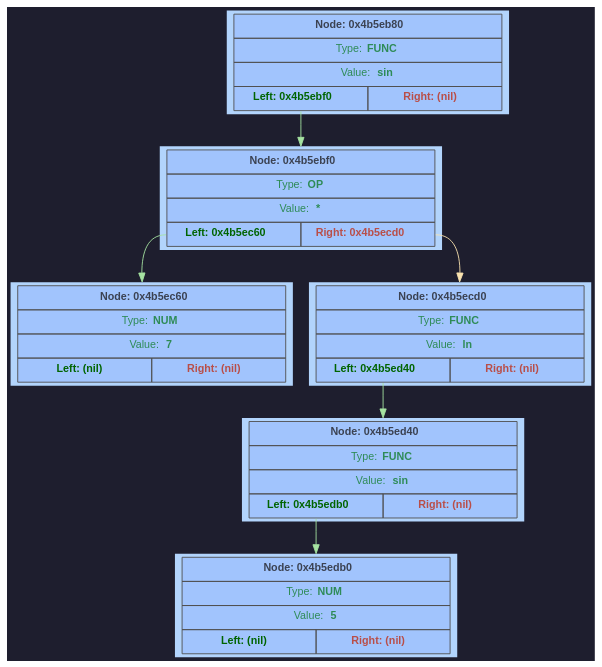
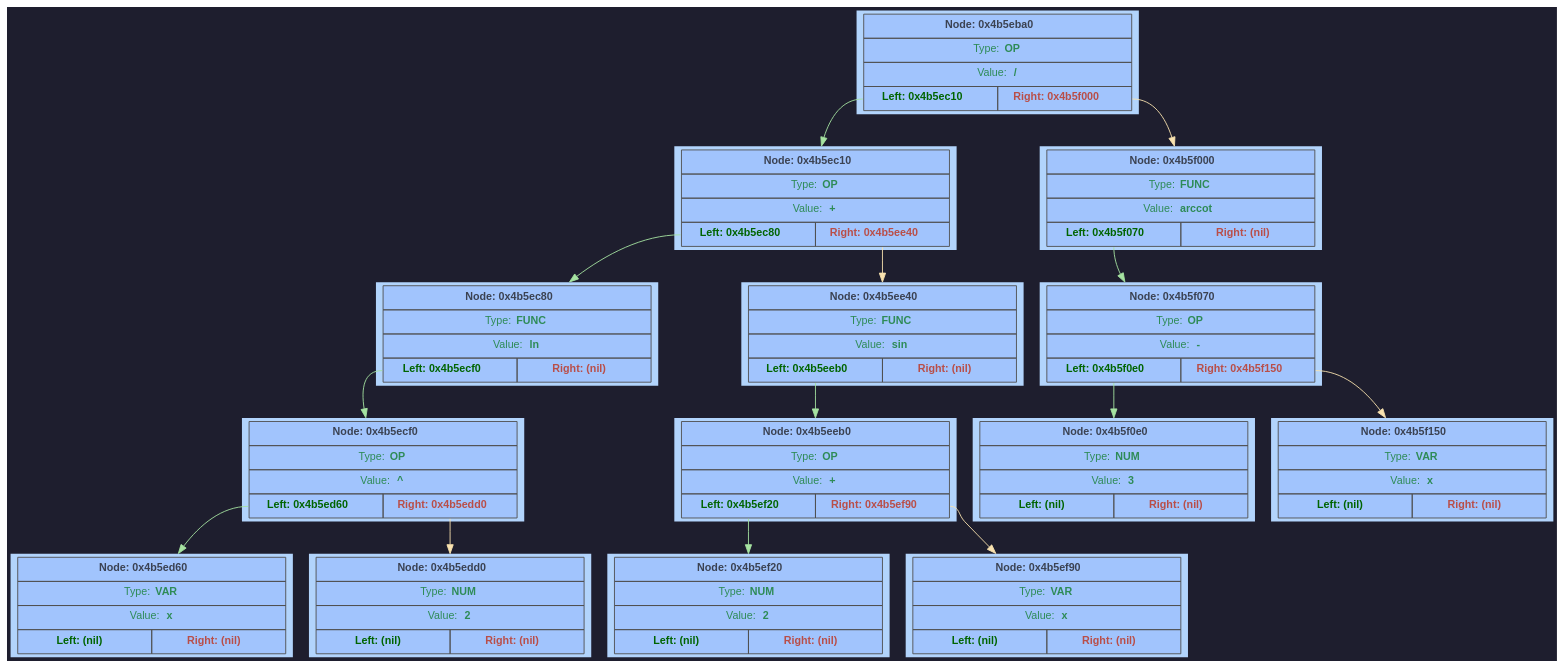
The diagram in GraphDump/dump.dot (F1merhub/Differencator), drawn with Graphviz before and after one commit. The commit also changed 7 other files, not shown here.

```diff
--- a/GraphDump/dump.dot
+++ b/GraphDump/dump.dot
@@ -2,69 +2,157 @@
 	rankdir = TB;
 	bgcolor="#1e1e2e";
 	node [shape=rectangle, style=filled, fontname=Helvetica, fontsize=12, fillcolor="#89b4fa", color="#cba6f7", fontcolor="#1e1e2e"];
-	node0x4b5eb80 [shape=plaintext; style=filled; color="#fcf0d2"; fillcolor="#b2d4fc"; label = <
+	node0x4b5eba0 [shape=plaintext; style=filled; color="#fcf0d2"; fillcolor="#b2d4fc"; label = <
 		<table BORDER="0" CELLBORDER="1" CELLSPACING="0" CELLPADDING="6" BGCOLOR="#a1c4fd" COLOR="#4f4f4f">
-			<tr><td align='center' colspan='2'><FONT COLOR='#3b4252'><b>Node: 0x4b5eb80</b></FONT></td></tr>
+			<tr><td align='center' colspan='2'><FONT COLOR='#3b4252'><b>Node: 0x4b5eba0</b></FONT></td></tr>
+			<tr><td align='center' colspan='2'><FONT COLOR='#2e8b57'>Type: <b>OP</b></FONT></td></tr>
+			<tr><td align='center' colspan='2'><FONT COLOR='#2e8b57'>Value: <b>/</b></FONT></td></tr>
+			<tr>
+				<td WIDTH='150' PORT='left' align='center'><FONT COLOR='#006400'><b>Left: 0x4b5ec10</b></FONT></td>
+				<td WIDTH='150' PORT='right' align='center'><FONT COLOR='#b94e48'><b>Right: 0x4b5f000</b></FONT></td>
+			</tr>
+		</table> >];
+	node0x4b5ec10 [shape=plaintext; style=filled; color="#fcf0d2"; fillcolor="#b2d4fc"; label = <
+		<table BORDER="0" CELLBORDER="1" CELLSPACING="0" CELLPADDING="6" BGCOLOR="#a1c4fd" COLOR="#4f4f4f">
+			<tr><td align='center' colspan='2'><FONT COLOR='#3b4252'><b>Node: 0x4b5ec10</b></FONT></td></tr>
+			<tr><td align='center' colspan='2'><FONT COLOR='#2e8b57'>Type: <b>OP</b></FONT></td></tr>
+			<tr><td align='center' colspan='2'><FONT COLOR='#2e8b57'>Value: <b>+</b></FONT></td></tr>
+			<tr>
+				<td WIDTH='150' PORT='left' align='center'><FONT COLOR='#006400'><b>Left: 0x4b5ec80</b></FONT></td>
+				<td WIDTH='150' PORT='right' align='center'><FONT COLOR='#b94e48'><b>Right: 0x4b5ee40</b></FONT></td>
+			</tr>
+		</table> >];
+	node0x4b5ec80 [shape=plaintext; style=filled; color="#fcf0d2"; fillcolor="#b2d4fc"; label = <
+		<table BORDER="0" CELLBORDER="1" CELLSPACING="0" CELLPADDING="6" BGCOLOR="#a1c4fd" COLOR="#4f4f4f">
+			<tr><td align='center' colspan='2'><FONT COLOR='#3b4252'><b>Node: 0x4b5ec80</b></FONT></td></tr>
 			<tr><td align='center' colspan='2'><FONT COLOR='#2e8b57'>Type: <b>FUNC</b></FONT></td></tr>
-			<tr><td align='center' colspan='2'><FONT COLOR='#2e8b57'>Value: <b>sin</b></FONT></td></tr>
+			<tr><td align='center' colspan='2'><FONT COLOR='#2e8b57'>Value: <b>ln</b></FONT></td></tr>
 			<tr>
-				<td WIDTH='150' PORT='left' align='center'><FONT COLOR='#006400'><b>Left: 0x4b5ebf0</b></FONT></td>
+				<td WIDTH='150' PORT='left' align='center'><FONT COLOR='#006400'><b>Left: 0x4b5ecf0</b></FONT></td>
 				<td WIDTH='150' PORT='right' align='center'><FONT COLOR='#b94e48'><b>Right: (nil)</b></FONT></td>
 			</tr>
 		</table> >];
-	node0x4b5ebf0 [shape=plaintext; style=filled; color="#fcf0d2"; fillcolor="#b2d4fc"; label = <
+	node0x4b5ecf0 [shape=plaintext; style=filled; color="#fcf0d2"; fillcolor="#b2d4fc"; label = <
 		<table BORDER="0" CELLBORDER="1" CELLSPACING="0" CELLPADDING="6" BGCOLOR="#a1c4fd" COLOR="#4f4f4f">
-			<tr><td align='center' colspan='2'><FONT COLOR='#3b4252'><b>Node: 0x4b5ebf0</b></FONT></td></tr>
+			<tr><td align='center' colspan='2'><FONT COLOR='#3b4252'><b>Node: 0x4b5ecf0</b></FONT></td></tr>
 			<tr><td align='center' colspan='2'><FONT COLOR='#2e8b57'>Type: <b>OP</b></FONT></td></tr>
-			<tr><td align='center' colspan='2'><FONT COLOR='#2e8b57'>Value: <b>*</b></FONT></td></tr>
+			<tr><td align='center' colspan='2'><FONT COLOR='#2e8b57'>Value: <b>^</b></FONT></td></tr>
 			<tr>
-				<td WIDTH='150' PORT='left' align='center'><FONT COLOR='#006400'><b>Left: 0x4b5ec60</b></FONT></td>
-				<td WIDTH='150' PORT='right' align='center'><FONT COLOR='#b94e48'><b>Right: 0x4b5ecd0</b></FONT></td>
+				<td WIDTH='150' PORT='left' align='center'><FONT COLOR='#006400'><b>Left: 0x4b5ed60</b></FONT></td>
+				<td WIDTH='150' PORT='right' align='center'><FONT COLOR='#b94e48'><b>Right: 0x4b5edd0</b></FONT></td>
 			</tr>
 		</table> >];
-	node0x4b5ec60 [shape=plaintext; style=filled; color="#fcf0d2"; fillcolor="#b2d4fc"; label = <
+	node0x4b5ed60 [shape=plaintext; style=filled; color="#fcf0d2"; fillcolor="#b2d4fc"; label = <
 		<table BORDER="0" CELLBORDER="1" CELLSPACING="0" CELLPADDING="6" BGCOLOR="#a1c4fd" COLOR="#4f4f4f">
-			<tr><td align='center' colspan='2'><FONT COLOR='#3b4252'><b>Node: 0x4b5ec60</b></FONT></td></tr>
-			<tr><td align='center' colspan='2'><FONT COLOR='#2e8b57'>Type: <b>NUM</b></FONT></td></tr>
-			<tr><td align='center' colspan='2'><FONT COLOR='#2e8b57'>Value: <b>7</b></FONT></td></tr>
+			<tr><td align='center' colspan='2'><FONT COLOR='#3b4252'><b>Node: 0x4b5ed60</b></FONT></td></tr>
+			<tr><td align='center' colspan='2'><FONT COLOR='#2e8b57'>Type: <b>VAR</b></FONT></td></tr>
+			<tr><td align='center' colspan='2'><FONT COLOR='#2e8b57'>Value: <b>x</b></FONT></td></tr>
 			<tr>
 				<td WIDTH='150' PORT='left' align='center'><FONT COLOR='#006400'><b>Left: (nil)</b></FONT></td>
 				<td WIDTH='150' PORT='right' align='center'><FONT COLOR='#b94e48'><b>Right: (nil)</b></FONT></td>
 			</tr>
 		</table> >];
-	node0x4b5ebf0:left -> node0x4b5ec60 [color="#a6e3a1"]
-	node0x4b5ecd0 [shape=plaintext; style=filled; color="#fcf0d2"; fillcolor="#b2d4fc"; label = <
+	node0x4b5ecf0:left -> node0x4b5ed60 [color="#a6e3a1"]
+	node0x4b5edd0 [shape=plaintext; style=filled; color="#fcf0d2"; fillcolor="#b2d4fc"; label = <
 		<table BORDER="0" CELLBORDER="1" CELLSPACING="0" CELLPADDING="6" BGCOLOR="#a1c4fd" COLOR="#4f4f4f">
-			<tr><td align='center' colspan='2'><FONT COLOR='#3b4252'><b>Node: 0x4b5ecd0</b></FONT></td></tr>
-			<tr><td align='center' colspan='2'><FONT COLOR='#2e8b57'>Type: <b>FUNC</b></FONT></td></tr>
-			<tr><td align='center' colspan='2'><FONT COLOR='#2e8b57'>Value: <b>ln</b></FONT></td></tr>
-			<tr>
-				<td WIDTH='150' PORT='left' align='center'><FONT COLOR='#006400'><b>Left: 0x4b5ed40</b></FONT></td>
-				<td WIDTH='150' PORT='right' align='center'><FONT COLOR='#b94e48'><b>Right: (nil)</b></FONT></td>
-			</tr>
-		</table> >];
-	node0x4b5ed40 [shape=plaintext; style=filled; color="#fcf0d2"; fillcolor="#b2d4fc"; label = <
-		<table BORDER="0" CELLBORDER="1" CELLSPACING="0" CELLPADDING="6" BGCOLOR="#a1c4fd" COLOR="#4f4f4f">
-			<tr><td align='center' colspan='2'><FONT COLOR='#3b4252'><b>Node: 0x4b5ed40</b></FONT></td></tr>
-			<tr><td align='center' colspan='2'><FONT COLOR='#2e8b57'>Type: <b>FUNC</b></FONT></td></tr>
-			<tr><td align='center' colspan='2'><FONT COLOR='#2e8b57'>Value: <b>sin</b></FONT></td></tr>
-			<tr>
-				<td WIDTH='150' PORT='left' align='center'><FONT COLOR='#006400'><b>Left: 0x4b5edb0</b></FONT></td>
-				<td WIDTH='150' PORT='right' align='center'><FONT COLOR='#b94e48'><b>Right: (nil)</b></FONT></td>
-			</tr>
-		</table> >];
-	node0x4b5edb0 [shape=plaintext; style=filled; color="#fcf0d2"; fillcolor="#b2d4fc"; label = <
-		<table BORDER="0" CELLBORDER="1" CELLSPACING="0" CELLPADDING="6" BGCOLOR="#a1c4fd" COLOR="#4f4f4f">
-			<tr><td align='center' colspan='2'><FONT COLOR='#3b4252'><b>Node: 0x4b5edb0</b></FONT></td></tr>
+			<tr><td align='center' colspan='2'><FONT COLOR='#3b4252'><b>Node: 0x4b5edd0</b></FONT></td></tr>
 			<tr><td align='center' colspan='2'><FONT COLOR='#2e8b57'>Type: <b>NUM</b></FONT></td></tr>
-			<tr><td align='center' colspan='2'><FONT COLOR='#2e8b57'>Value: <b>5</b></FONT></td></tr>
+			<tr><td align='center' colspan='2'><FONT COLOR='#2e8b57'>Value: <b>2</b></FONT></td></tr>
 			<tr>
 				<td WIDTH='150' PORT='left' align='center'><FONT COLOR='#006400'><b>Left: (nil)</b></FONT></td>
 				<td WIDTH='150' PORT='right' align='center'><FONT COLOR='#b94e48'><b>Right: (nil)</b></FONT></td>
 			</tr>
 		</table> >];
-	node0x4b5ed40:left -> node0x4b5edb0 [color="#a6e3a1"]
-	node0x4b5ecd0:left -> node0x4b5ed40 [color="#a6e3a1"]
-	node0x4b5ebf0:right -> node0x4b5ecd0 [color="#f9e2af"]
-	node0x4b5eb80:left -> node0x4b5ebf0 [color="#a6e3a1"]
+	node0x4b5ecf0:right -> node0x4b5edd0 [color="#f9e2af"]
+	node0x4b5ec80:left -> node0x4b5ecf0 [color="#a6e3a1"]
+	node0x4b5ec10:left -> node0x4b5ec80 [color="#a6e3a1"]
+	node0x4b5ee40 [shape=plaintext; style=filled; color="#fcf0d2"; fillcolor="#b2d4fc"; label = <
+		<table BORDER="0" CELLBORDER="1" CELLSPACING="0" CELLPADDING="6" BGCOLOR="#a1c4fd" COLOR="#4f4f4f">
+			<tr><td align='center' colspan='2'><FONT COLOR='#3b4252'><b>Node: 0x4b5ee40</b></FONT></td></tr>
+			<tr><td align='center' colspan='2'><FONT COLOR='#2e8b57'>Type: <b>FUNC</b></FONT></td></tr>
+			<tr><td align='center' colspan='2'><FONT COLOR='#2e8b57'>Value: <b>sin</b></FONT></td></tr>
+			<tr>
+				<td WIDTH='150' PORT='left' align='center'><FONT COLOR='#006400'><b>Left: 0x4b5eeb0</b></FONT></td>
+				<td WIDTH='150' PORT='right' align='center'><FONT COLOR='#b94e48'><b>Right: (nil)</b></FONT></td>
+			</tr>
+		</table> >];
+	node0x4b5eeb0 [shape=plaintext; style=filled; color="#fcf0d2"; fillcolor="#b2d4fc"; label = <
+		<table BORDER="0" CELLBORDER="1" CELLSPACING="0" CELLPADDING="6" BGCOLOR="#a1c4fd" COLOR="#4f4f4f">
+			<tr><td align='center' colspan='2'><FONT COLOR='#3b4252'><b>Node: 0x4b5eeb0</b></FONT></td></tr>
+			<tr><td align='center' colspan='2'><FONT COLOR='#2e8b57'>Type: <b>OP</b></FONT></td></tr>
+			<tr><td align='center' colspan='2'><FONT COLOR='#2e8b57'>Value: <b>+</b></FONT></td></tr>
+			<tr>
+				<td WIDTH='150' PORT='left' align='center'><FONT COLOR='#006400'><b>Left: 0x4b5ef20</b></FONT></td>
+				<td WIDTH='150' PORT='right' align='center'><FONT COLOR='#b94e48'><b>Right: 0x4b5ef90</b></FONT></td>
+			</tr>
+		</table> >];
+	node0x4b5ef20 [shape=plaintext; style=filled; color="#fcf0d2"; fillcolor="#b2d4fc"; label = <
+		<table BORDER="0" CELLBORDER="1" CELLSPACING="0" CELLPADDING="6" BGCOLOR="#a1c4fd" COLOR="#4f4f4f">
+			<tr><td align='center' colspan='2'><FONT COLOR='#3b4252'><b>Node: 0x4b5ef20</b></FONT></td></tr>
+			<tr><td align='center' colspan='2'><FONT COLOR='#2e8b57'>Type: <b>NUM</b></FONT></td></tr>
+			<tr><td align='center' colspan='2'><FONT COLOR='#2e8b57'>Value: <b>2</b></FONT></td></tr>
+			<tr>
+				<td WIDTH='150' PORT='left' align='center'><FONT COLOR='#006400'><b>Left: (nil)</b></FONT></td>
+				<td WIDTH='150' PORT='right' align='center'><FONT COLOR='#b94e48'><b>Right: (nil)</b></FONT></td>
+			</tr>
+		</table> >];
+	node0x4b5eeb0:left -> node0x4b5ef20 [color="#a6e3a1"]
+	node0x4b5ef90 [shape=plaintext; style=filled; color="#fcf0d2"; fillcolor="#b2d4fc"; label = <
+		<table BORDER="0" CELLBORDER="1" CELLSPACING="0" CELLPADDING="6" BGCOLOR="#a1c4fd" COLOR="#4f4f4f">
+			<tr><td align='center' colspan='2'><FONT COLOR='#3b4252'><b>Node: 0x4b5ef90</b></FONT></td></tr>
+			<tr><td align='center' colspan='2'><FONT COLOR='#2e8b57'>Type: <b>VAR</b></FONT></td></tr>
+			<tr><td align='center' colspan='2'><FONT COLOR='#2e8b57'>Value: <b>x</b></FONT></td></tr>
+			<tr>
+				<td WIDTH='150' PORT='left' align='center'><FONT COLOR='#006400'><b>Left: (nil)</b></FONT></td>
+				<td WIDTH='150' PORT='right' align='center'><FONT COLOR='#b94e48'><b>Right: (nil)</b></FONT></td>
+			</tr>
+		</table> >];
+	node0x4b5eeb0:right -> node0x4b5ef90 [color="#f9e2af"]
+	node0x4b5ee40:left -> node0x4b5eeb0 [color="#a6e3a1"]
+	node0x4b5ec10:right -> node0x4b5ee40 [color="#f9e2af"]
+	node0x4b5eba0:left -> node0x4b5ec10 [color="#a6e3a1"]
+	node0x4b5f000 [shape=plaintext; style=filled; color="#fcf0d2"; fillcolor="#b2d4fc"; label = <
+		<table BORDER="0" CELLBORDER="1" CELLSPACING="0" CELLPADDING="6" BGCOLOR="#a1c4fd" COLOR="#4f4f4f">
+			<tr><td align='center' colspan='2'><FONT COLOR='#3b4252'><b>Node: 0x4b5f000</b></FONT></td></tr>
+			<tr><td align='center' colspan='2'><FONT COLOR='#2e8b57'>Type: <b>FUNC</b></FONT></td></tr>
+			<tr><td align='center' colspan='2'><FONT COLOR='#2e8b57'>Value: <b>arccot</b></FONT></td></tr>
+			<tr>
+				<td WIDTH='150' PORT='left' align='center'><FONT COLOR='#006400'><b>Left: 0x4b5f070</b></FONT></td>
+				<td WIDTH='150' PORT='right' align='center'><FONT COLOR='#b94e48'><b>Right: (nil)</b></FONT></td>
+			</tr>
+		</table> >];
+	node0x4b5f070 [shape=plaintext; style=filled; color="#fcf0d2"; fillcolor="#b2d4fc"; label = <
+		<table BORDER="0" CELLBORDER="1" CELLSPACING="0" CELLPADDING="6" BGCOLOR="#a1c4fd" COLOR="#4f4f4f">
+			<tr><td align='center' colspan='2'><FONT COLOR='#3b4252'><b>Node: 0x4b5f070</b></FONT></td></tr>
+			<tr><td align='center' colspan='2'><FONT COLOR='#2e8b57'>Type: <b>OP</b></FONT></td></tr>
+			<tr><td align='center' colspan='2'><FONT COLOR='#2e8b57'>Value: <b>-</b></FONT></td></tr>
+			<tr>
+				<td WIDTH='150' PORT='left' align='center'><FONT COLOR='#006400'><b>Left: 0x4b5f0e0</b></FONT></td>
+				<td WIDTH='150' PORT='right' align='center'><FONT COLOR='#b94e48'><b>Right: 0x4b5f150</b></FONT></td>
+			</tr>
+		</table> >];
+	node0x4b5f0e0 [shape=plaintext; style=filled; color="#fcf0d2"; fillcolor="#b2d4fc"; label = <
+		<table BORDER="0" CELLBORDER="1" CELLSPACING="0" CELLPADDING="6" BGCOLOR="#a1c4fd" COLOR="#4f4f4f">
+			<tr><td align='center' colspan='2'><FONT COLOR='#3b4252'><b>Node: 0x4b5f0e0</b></FONT></td></tr>
+			<tr><td align='center' colspan='2'><FONT COLOR='#2e8b57'>Type: <b>NUM</b></FONT></td></tr>
+			<tr><td align='center' colspan='2'><FONT COLOR='#2e8b57'>Value: <b>3</b></FONT></td></tr>
+			<tr>
+				<td WIDTH='150' PORT='left' align='center'><FONT COLOR='#006400'><b>Left: (nil)</b></FONT></td>
+				<td WIDTH='150' PORT='right' align='center'><FONT COLOR='#b94e48'><b>Right: (nil)</b></FONT></td>
+			</tr>
+		</table> >];
+	node0x4b5f070:left -> node0x4b5f0e0 [color="#a6e3a1"]
+	node0x4b5f150 [shape=plaintext; style=filled; color="#fcf0d2"; fillcolor="#b2d4fc"; label = <
+		<table BORDER="0" CELLBORDER="1" CELLSPACING="0" CELLPADDING="6" BGCOLOR="#a1c4fd" COLOR="#4f4f4f">
+			<tr><td align='center' colspan='2'><FONT COLOR='#3b4252'><b>Node: 0x4b5f150</b></FONT></td></tr>
+			<tr><td align='center' colspan='2'><FONT COLOR='#2e8b57'>Type: <b>VAR</b></FONT></td></tr>
+			<tr><td align='center' colspan='2'><FONT COLOR='#2e8b57'>Value: <b>x</b></FONT></td></tr>
+			<tr>
+				<td WIDTH='150' PORT='left' align='center'><FONT COLOR='#006400'><b>Left: (nil)</b></FONT></td>
+				<td WIDTH='150' PORT='right' align='center'><FONT COLOR='#b94e48'><b>Right: (nil)</b></FONT></td>
+			</tr>
+		</table> >];
+	node0x4b5f070:right -> node0x4b5f150 [color="#f9e2af"]
+	node0x4b5f000:left -> node0x4b5f070 [color="#a6e3a1"]
+	node0x4b5eba0:right -> node0x4b5f000 [color="#f9e2af"]
 }
```
